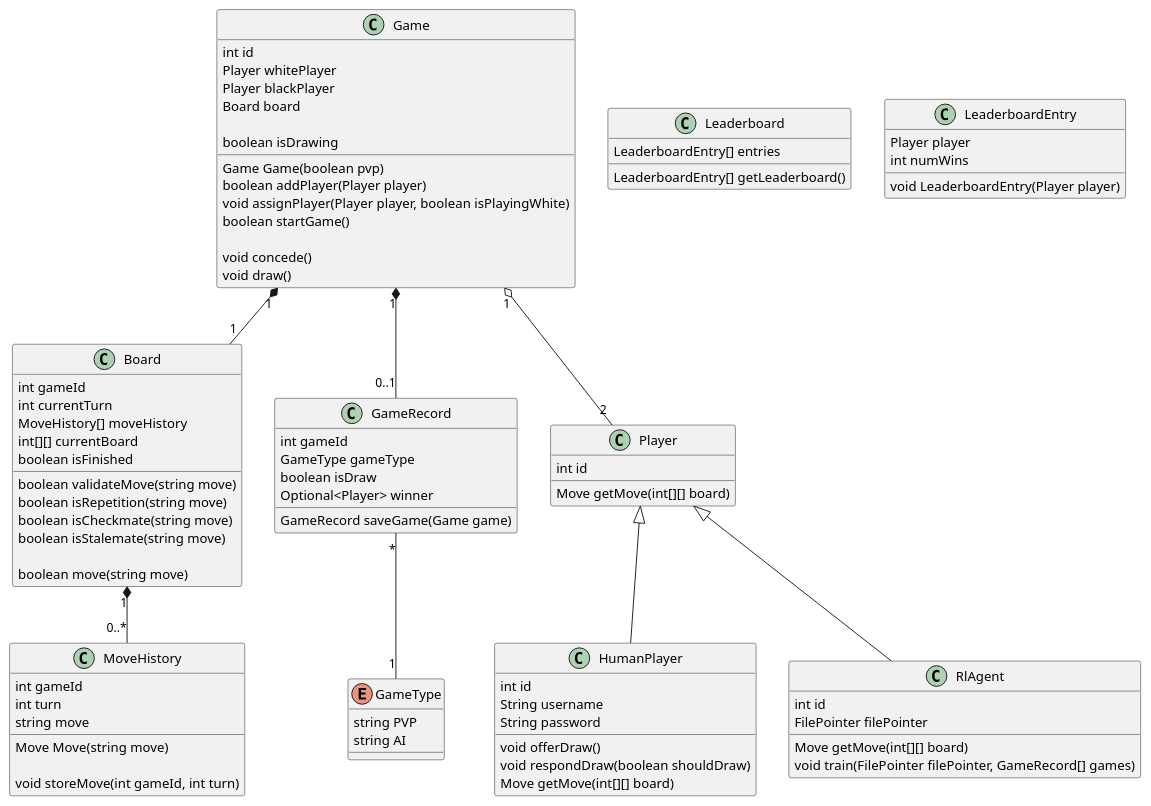
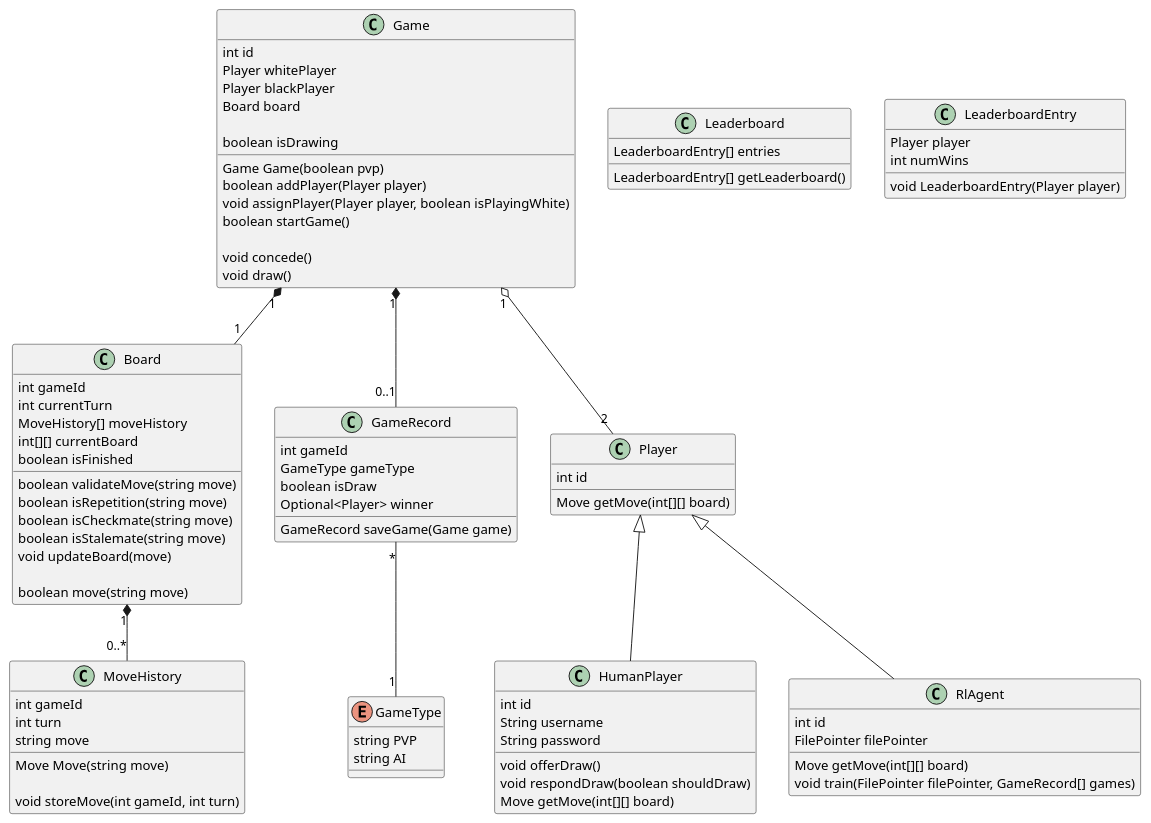
The diagram in docs/preliminary_design_diagrams/classdiagram.puml (ECE493-W22-G04/rl-chess), drawn with PlantUML before and after one commit. The commit also changed 1 other file, not shown here.

Commit message:
Add update board method

```diff
--- a/docs/preliminary_design_diagrams/classdiagram.puml
+++ b/docs/preliminary_design_diagrams/classdiagram.puml
@@ -1,109 +1,110 @@
 @startuml
 
 class Board {
   int gameId
   int currentTurn
   MoveHistory[] moveHistory
   int[][] currentBoard
   boolean isFinished
 
   boolean validateMove(string move)
   boolean isRepetition(string move)
   boolean isCheckmate(string move)
   boolean isStalemate(string move)
+  void updateBoard(move)
 
   boolean move(string move)
 }
 
 class MoveHistory {
   int gameId
   int turn
   string move
 
   Move Move(string move)
 
   void storeMove(int gameId, int turn)
 }
 
 Board "1" *-- "0..*" MoveHistory
 
 class Game {
   int id
   Player whitePlayer
   Player blackPlayer
   Board board
   
   boolean isDrawing
 
   Game Game(boolean pvp)
   boolean addPlayer(Player player)
   void assignPlayer(Player player, boolean isPlayingWhite)
   boolean startGame()
 
   void concede()
   void draw()
 }
 
 Game "1" *-- "1" Board
 
 class GameRecord {
   int gameId
   GameType gameType
   boolean isDraw
   Optional<Player> winner
   
   GameRecord saveGame(Game game)
 }
 
 enum GameType {
   string PVP
   string AI
 }
 
 GameRecord "*" -- "1" GameType
 
 class Player {
   int id
 
   Move getMove(int[][] board)
 }
 
 class HumanPlayer {
   int id
   String username
   String password
 
   void offerDraw()
   void respondDraw(boolean shouldDraw)
   Move getMove(int[][] board)
 }
 
 class RlAgent {
   int id
   FilePointer filePointer
 
   Move getMove(int[][] board)
   void train(FilePointer filePointer, GameRecord[] games)
 }
 
 Game "1" o-- "2" Player
 
 Player <|-- RlAgent
 Player <|-- HumanPlayer
 
 Game "1" *-- "0..1" GameRecord
 
 class Leaderboard {
   LeaderboardEntry[] entries
 
   LeaderboardEntry[] getLeaderboard()
 }
 
 class LeaderboardEntry {
   Player player
   int numWins
 
   void LeaderboardEntry(Player player)
 }
 
 @enduml
```
